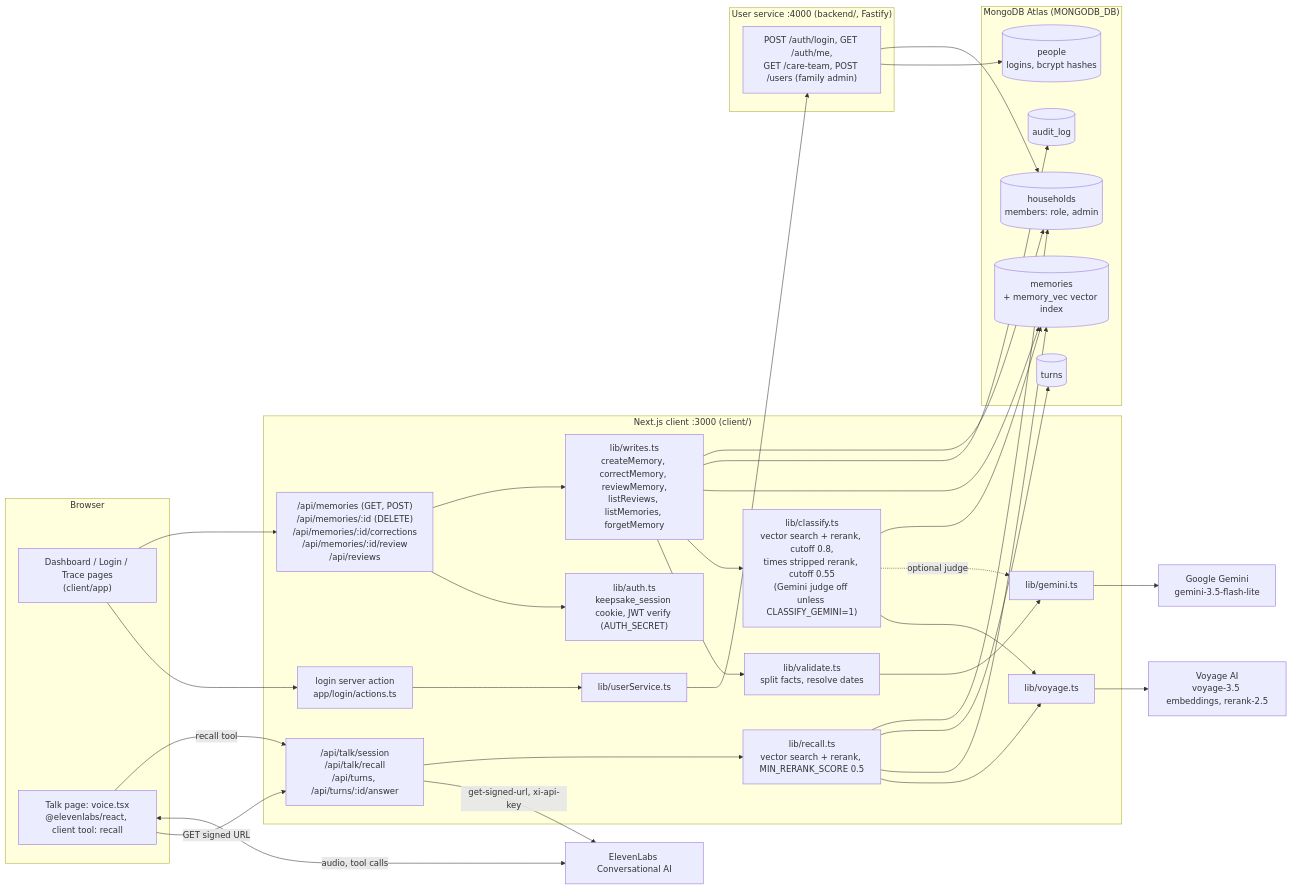
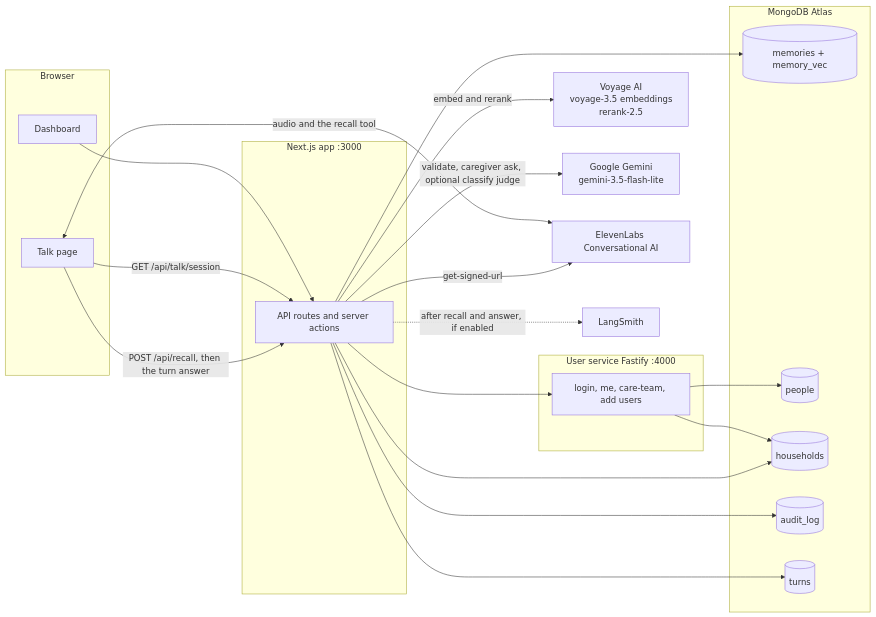
One commit to benjaminseoww/keepsake changed the first of 2 diagrams in docs/architecture.md. Above: the diagram before and after it, drawn with Mermaid. The commit also changed other lines of this file and 1 other file, not shown here.

First line of the commit message:
docs: rewrite architecture against main

````diff
--- a/docs/architecture.md
+++ b/docs/architecture.md
@@ -7,61 +9,44 @@
 ```mermaid
 flowchart LR
   subgraph Browser
-    UI["Dashboard / Login / Trace pages<br/>(client/app)"]
-    Voice["Talk page: voice.tsx<br/>@elevenlabs/react, client tool: recall"]
+    Dash["Dashboard"]
+    Talk["Talk page"]
   end
 
-  subgraph Next["Next.js client :3000 (client/)"]
-    LoginAct["login server action<br/>app/login/actions.ts"]
-    Auth["lib/auth.ts<br/>keepsake_session cookie, JWT verify (AUTH_SECRET)"]
-    MemAPI["/api/memories (GET, POST)<br/>/api/memories/:id (DELETE)<br/>/api/memories/:id/corrections<br/>/api/memories/:id/review<br/>/api/reviews"]
-    TalkAPI["/api/talk/session<br/>/api/talk/recall<br/>/api/turns, /api/turns/:id/answer"]
-    Writes["lib/writes.ts<br/>createMemory, correctMemory, reviewMemory,<br/>listReviews, listMemories, forgetMemory"]
-    Validate["lib/validate.ts<br/>split facts, resolve dates"]
-    Classify["lib/classify.ts<br/>vector search + rerank, cutoff 0.8,<br/>times stripped rerank, cutoff 0.55<br/>(Gemini judge off unless CLASSIFY_GEMINI=1)"]
-    Recall["lib/recall.ts<br/>vector search + rerank, MIN_RERANK_SCORE 0.5"]
-    GeminiLib["lib/gemini.ts"]
-    VoyageLib["lib/voyage.ts"]
-    USClient["lib/userService.ts"]
+  subgraph Next["Next.js app :3000"]
+    App["API routes and server actions"]
   end
 
-  subgraph Backend["User service :4000 (backend/, Fastify)"]
-    BRoutes["POST /auth/login, GET /auth/me,<br/>GET /care-team, POST /users (family admin)"]
+  subgraph Usersvc["User service Fastify :4000"]
+    Auth["login, me, care-team, add users"]
   end
 
-  subgraph Atlas["MongoDB Atlas (MONGODB_DB)"]
-    Memories[("memories<br/>+ memory_vec vector index")]
-    People[("people<br/>logins, bcrypt hashes")]
-    Households[("households<br/>members: role, admin")]
+  subgraph Atlas["MongoDB Atlas"]
+    Mem[("memories + memory_vec")]
+    People[("people")]
+    HH[("households")]
     Audit[("audit_log")]
     Turns[("turns")]
   end
 
-  Voyage["Voyage AI<br/>voyage-3.5 embeddings, rerank-2.5"]
-  Gemini["Google Gemini<br/>gemini-3.5-flash-lite"]
+  Voyage["Voyage AI\nvoyage-3.5 embeddings\nrerank-2.5"]
+  Gemini["Google Gemini\ngemini-3.5-flash-lite"]
   Eleven["ElevenLabs Conversational AI"]
+  LangSmith["LangSmith"]
 
-  UI --> LoginAct --> USClient --> BRoutes
-  UI --> MemAPI
-  MemAPI --> Auth
-  MemAPI --> Writes
-  Writes --> Validate --> GeminiLib --> Gemini
-  Writes --> Classify --> VoyageLib --> Voyage
-  Classify -. optional judge .-> GeminiLib
-  Writes --> Memories
-  Writes --> Audit
-  Writes --> Households
-  Classify --> Memories
-
-  Voice -->|GET signed URL| TalkAPI
-  Voice <-->|audio, tool calls| Eleven
-  Voice -->|recall tool| TalkAPI
-  TalkAPI -->|get-signed-url, xi-api-key| Eleven
-  TalkAPI --> Recall --> VoyageLib
-  Recall --> Memories
-  Recall --> Turns
-  Recall --> Households
-
-  BRoutes --> People
-  BRoutes --> Households
+  Dash --> App
+  Talk -->|"GET /api/talk/session"| App
+  Talk -->|"POST /api/recall, then the turn answer"| App
+  Talk <-->|"audio and the recall tool"| Eleven
+  App --> Auth
+  Auth --> People
+  Auth --> HH
+  App --> Mem
+  App --> Audit
+  App --> Turns
+  App --> HH
+  App -->|"embed and rerank"| Voyage
+  App -->|"validate, caregiver ask, optional classify judge"| Gemini
+  App -->|"get-signed-url"| Eleven
+  App -.->|"after recall and answer, if enabled"| LangSmith
 ```
````
